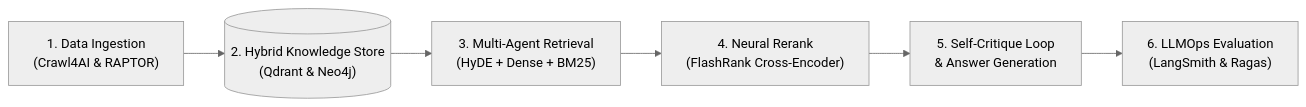
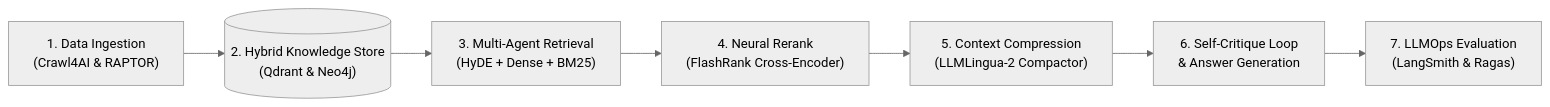
The first of 4 diagrams in README.md (boycececil666gmailcom/Enterprise-RAG-Engine), drawn with Mermaid before and after one commit. The commit also changed other lines of this file, not shown here.

Commit message:
docs: add LLMLingua-2 context compression to architecture documentation and workflow diagrams

````diff
--- a/README.md
+++ b/README.md
@@ -21,12 +22,13 @@
 ```mermaid
 ---
 config:
   theme: neutral
 ---
 flowchart LR
     A["1. Data Ingestion<br/>(Crawl4AI & RAPTOR)"] --> B[("2. Hybrid Knowledge Store<br/>(Qdrant & Neo4j)")]
     B --> C["3. Multi-Agent Retrieval<br/>(HyDE + Dense + BM25)"]
     C --> D["4. Neural Rerank<br/>(FlashRank Cross-Encoder)"]
-    D --> E["5. Self-Critique Loop<br/>& Answer Generation"]
-    E --> F["6. LLMOps Evaluation<br/>(LangSmith & Ragas)"]
+    D --> E["5. Context Compression<br/>(LLMLingua-2 Compactor)"]
+    E --> F["6. Self-Critique Loop<br/>& Answer Generation"]
+    F --> G["7. LLMOps Evaluation<br/>(LangSmith & Ragas)"]
 ```
````
